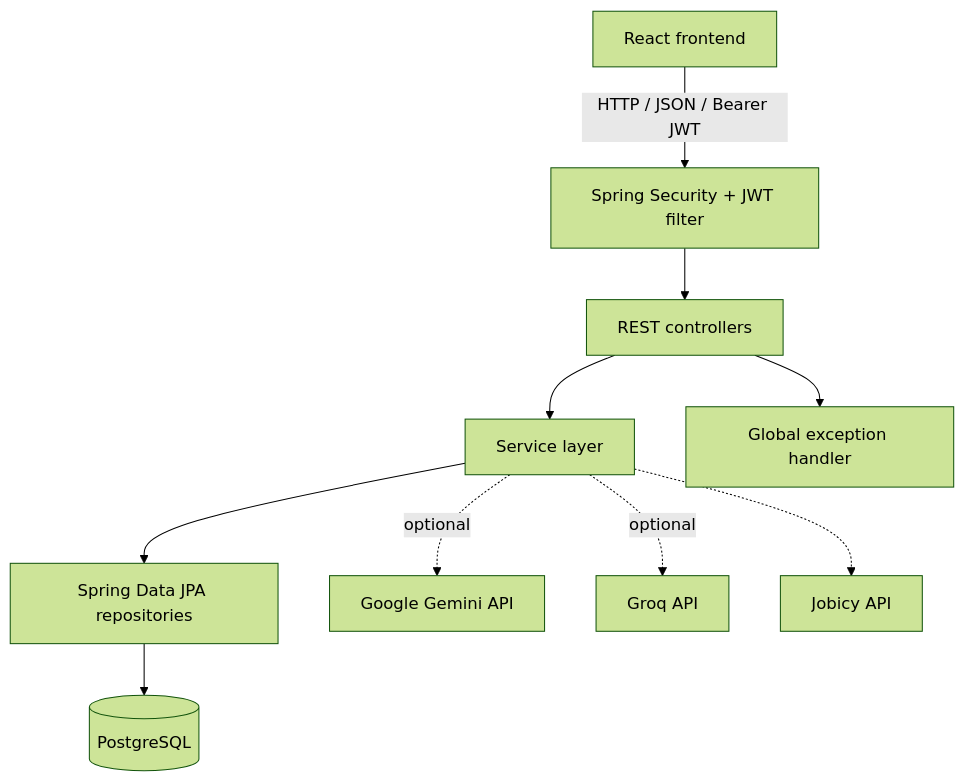
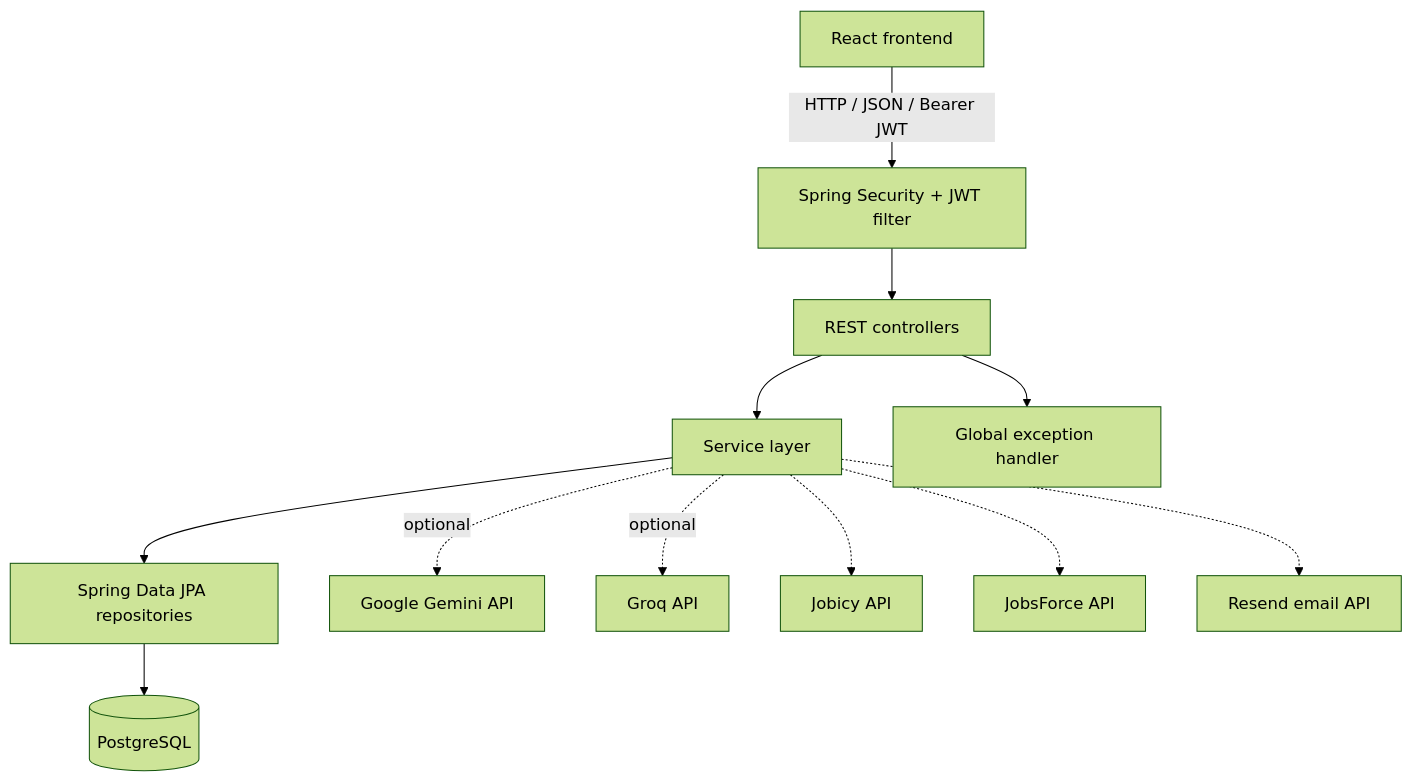
The first of 3 diagrams in README.md (shalinchristian/Resqora), drawn with Mermaid (forest theme) before and after one commit. The commit also changed other lines of this file and 1 other file, not shown here.

````diff
--- a/README.md
+++ b/README.md
@@ -79,12 +80,14 @@
 ```mermaid
 flowchart TD
     UI[React frontend] -->|HTTP / JSON / Bearer JWT| SEC[Spring Security + JWT filter]
     SEC --> C[REST controllers]
     C --> S[Service layer]
     S --> R[Spring Data JPA repositories]
     R --> DB[(PostgreSQL)]
     S -. optional .-> G[Google Gemini API]
     S -. optional .-> Q[Groq API]
     S -.-> J[Jobicy API]
+    S -.-> JF[JobsForce API]
+    S -.-> M[Resend email API]
     C --> E[Global exception handler]
 ```
````
